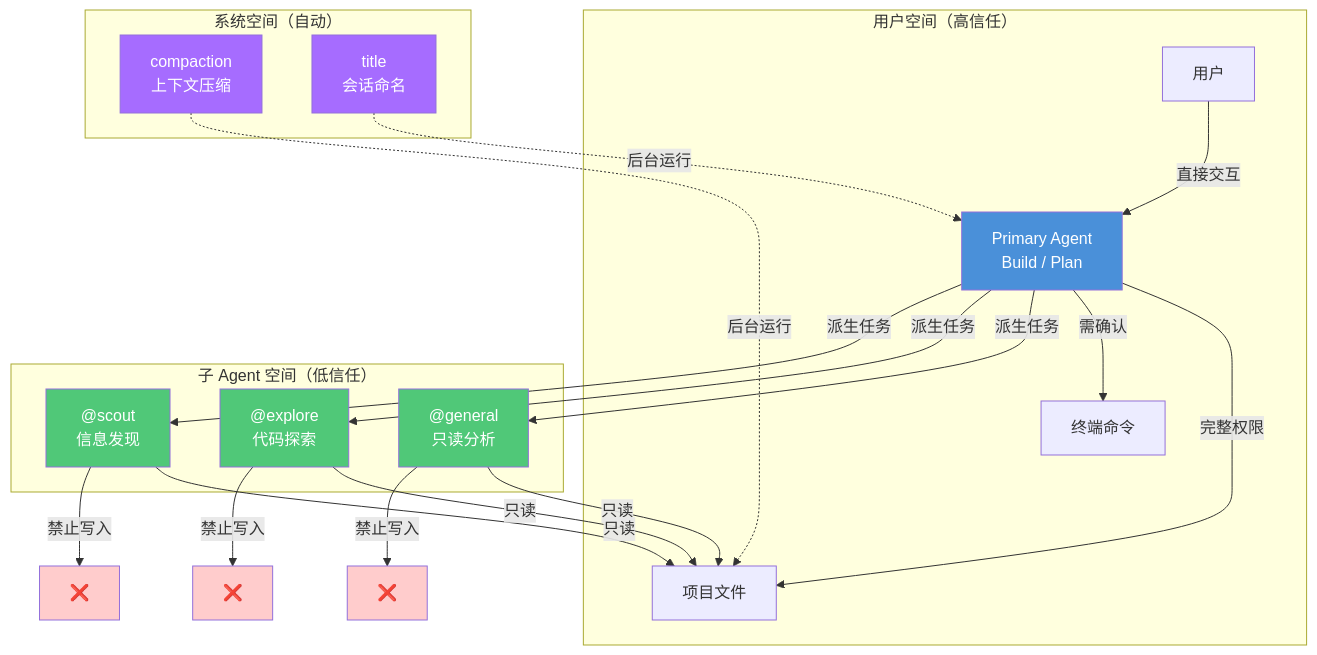
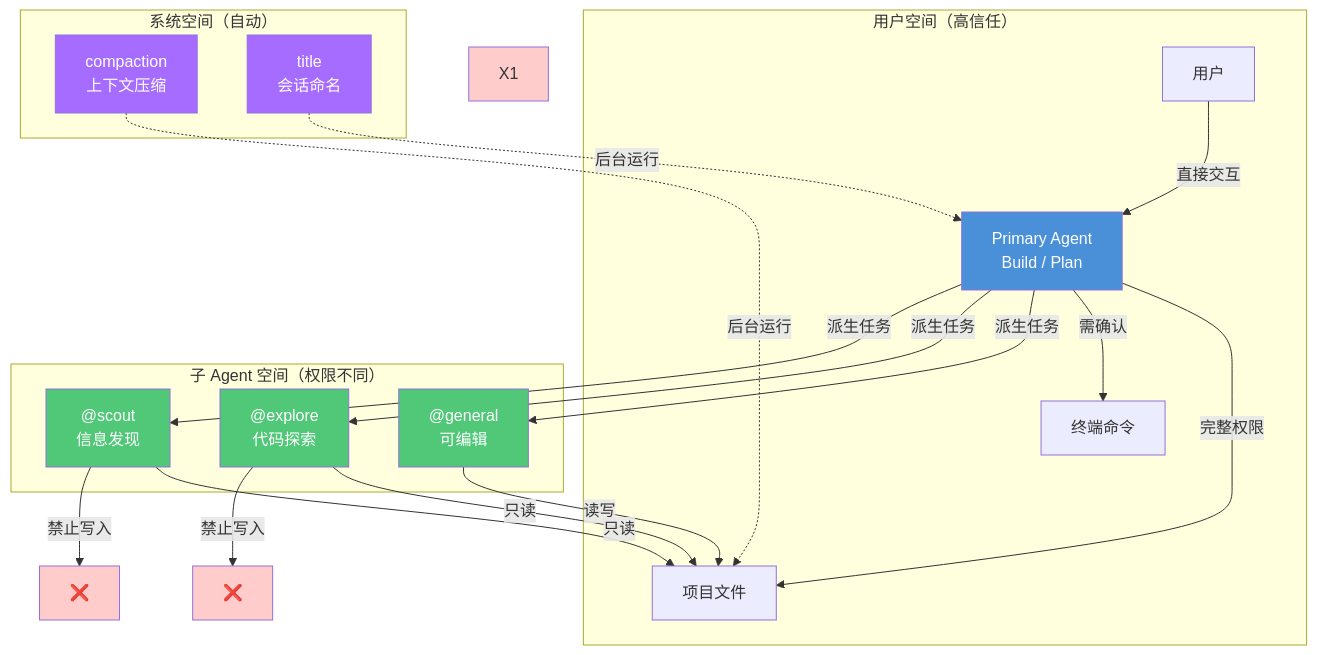
The third of 11 diagrams in src/02-core-concepts/agent-orchestration.md (tonydeng/harness-engineering-from-oc-to-ai-coding), drawn with Mermaid before and after one commit. The commit also changed other lines of this file and 331 other files, not shown here.

````diff
--- a/src/02-core-concepts/agent-orchestration.md
+++ b/src/02-core-concepts/agent-orchestration.md
@@ -305,47 +311,46 @@
 ```mermaid
 flowchart TB
     subgraph 用户空间["用户空间（高信任）"]
         User[用户]
         Primary["Primary Agent<br/>Build / Plan"]
         UserFiles[项目文件]
         UserCommands[终端命令]
     end
     
-    subgraph 子Agent空间["子 Agent 空间（低信任）"]
-        General["@general<br/>只读分析"]
+    subgraph 子Agent空间["子 Agent 空间（权限不同）"]
+        General["@general<br/>可编辑"]
         Explore["@explore<br/>代码探索"]
         Scout["@scout<br/>信息发现"]
     end
     
     subgraph 系统空间["系统空间（自动）"]
         Compaction["compaction<br/>上下文压缩"]
         Title["title<br/>会话命名"]
     end
     
     User -->|"直接交互"| Primary
     Primary -->|"完整权限"| UserFiles
     Primary -->|"需确认"| UserCommands
     Primary -->|"派生任务"| General
     Primary -->|"派生任务"| Explore
     Primary -->|"派生任务"| Scout
     
-    General -->|"只读"| UserFiles
-    General -->|"禁止写入"| X1[❌]
+    General -->|"读写"| UserFiles
     Explore -->|"只读"| UserFiles
     Explore -->|"禁止写入"| X2[❌]
     Scout -->|"只读"| UserFiles
     Scout -->|"禁止写入"| X3[❌]
     
     Compaction -.->|"后台运行"| UserFiles
     Title -.->|"后台运行"| Primary
     
     style Primary fill:#4A90D9,color:#fff
     style General fill:#50C878,color:#fff
     style Explore fill:#50C878,color:#fff
     style Scout fill:#50C878,color:#fff
     style Compaction fill:#A66CFF,color:#fff
     style Title fill:#A66CFF,color:#fff
     style X1 fill:#ffcccc
     style X2 fill:#ffcccc
     style X3 fill:#ffcccc
 ```
````
